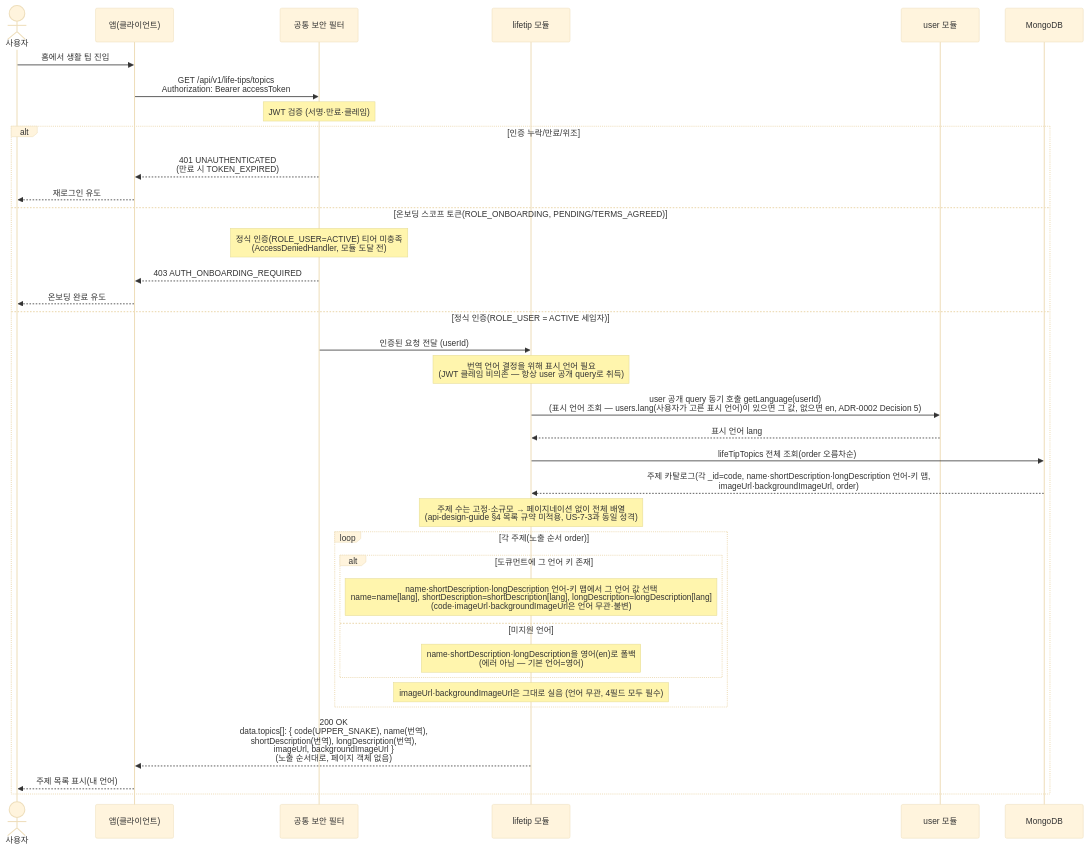
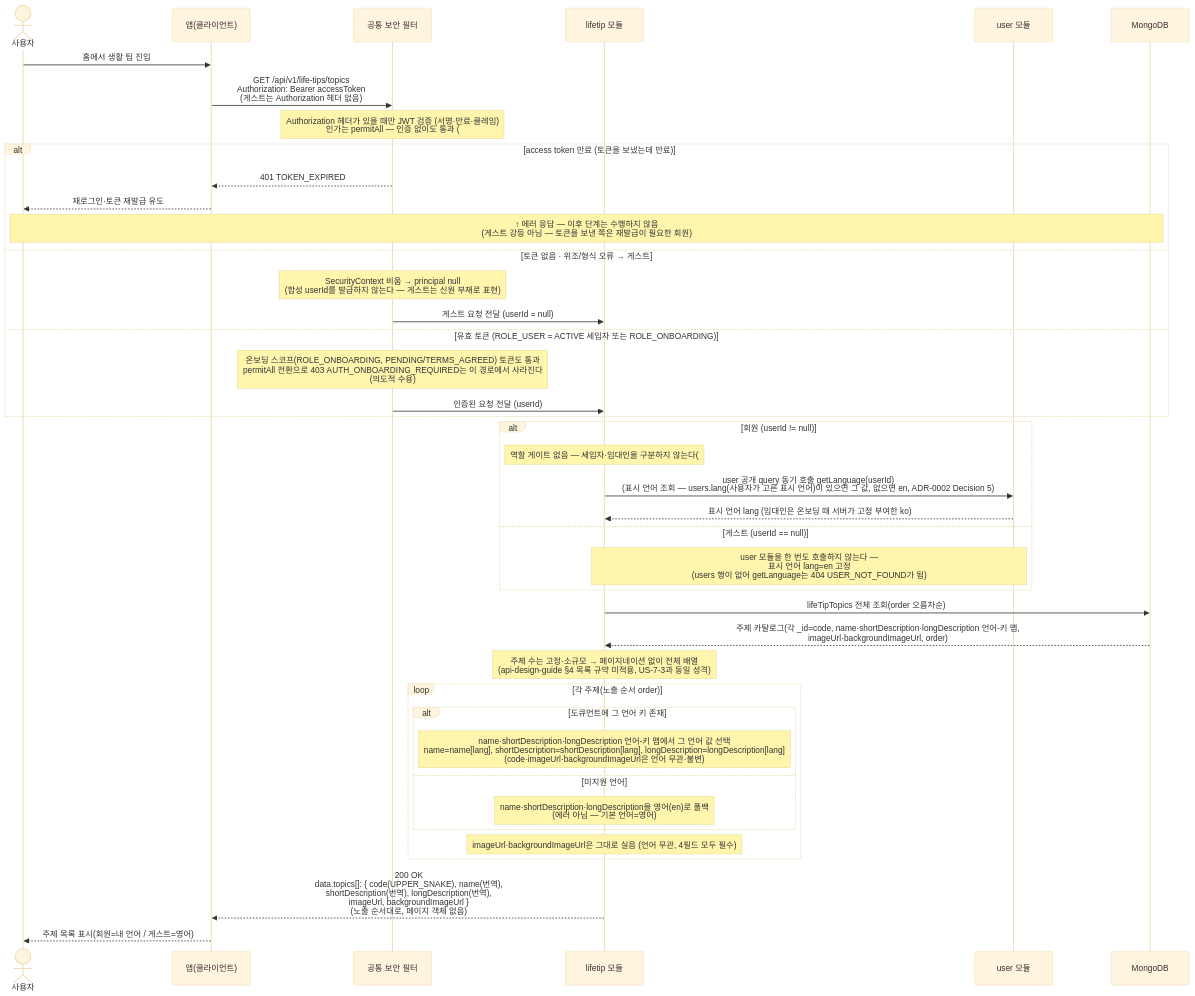
The diagram in docs/architecture/sequence-diagrams/08-life-tips/us-8-1-topics.md (jameskim9509/Kohere-backend), drawn with Mermaid (base theme) before and after one commit. The commit also changed other lines of this file and 22 other files, not shown here.

````diff
--- a/docs/architecture/sequence-diagrams/08-life-tips/us-8-1-topics.md
+++ b/docs/architecture/sequence-diagrams/08-life-tips/us-8-1-topics.md
@@ -5,40 +5,47 @@
 ```mermaid
 sequenceDiagram
     actor U as 사용자
     participant C as 앱(클라이언트)
     participant SEC as 공통 보안 필터
     participant TIP as lifetip 모듈
     participant USER as user 모듈
     participant DB as MongoDB
 
     U->>C: 홈에서 생활 팁 진입
-    C->>SEC: GET /api/v1/life-tips/topics<br/>Authorization: Bearer accessToken
-    Note over SEC: JWT 검증 (서명·만료·클레임)
+    C->>SEC: GET /api/v1/life-tips/topics<br/>Authorization: Bearer accessToken<br/>(게스트는 Authorization 헤더 없음)
+    Note over SEC: Authorization 헤더가 있을 때만 JWT 검증 (서명·만료·클레임)<br/>인가는 permitAll — 인증 없이도 통과 (#181)
 
-    alt 인증 누락/만료/위조
-        SEC-->>C: 401 UNAUTHENTICATED<br/>(만료 시 TOKEN_EXPIRED)
-        C-->>U: 재로그인 유도
-    else 온보딩 스코프 토큰(ROLE_ONBOARDING, PENDING/TERMS_AGREED)
-        Note over SEC: 정식 인증(ROLE_USER=ACTIVE) 티어 미충족<br/>(AccessDeniedHandler, 모듈 도달 전)
-        SEC-->>C: 403 AUTH_ONBOARDING_REQUIRED
-        C-->>U: 온보딩 완료 유도
-    else 정식 인증(ROLE_USER = ACTIVE 세입자)
+    alt access token 만료 (토큰을 보냈는데 만료)
+        SEC-->>C: 401 TOKEN_EXPIRED
+        C-->>U: 재로그인·토큰 재발급 유도
+        Note over U,DB: ↑ 에러 응답 — 이후 단계는 수행하지 않음<br/>(게스트 강등 아님 — 토큰을 보낸 쪽은 재발급이 필요한 회원)
+    else 토큰 없음 · 위조/형식 오류 → 게스트
+        Note over SEC: SecurityContext 비움 → principal null<br/>(합성 userId를 발급하지 않는다 — 게스트는 신원 부재로 표현)
+        SEC->>TIP: 게스트 요청 전달 (userId = null)
+    else 유효 토큰 (ROLE_USER = ACTIVE 세입자 또는 ROLE_ONBOARDING)
+        Note over SEC: 온보딩 스코프(ROLE_ONBOARDING, PENDING/TERMS_AGREED) 토큰도 통과<br/>permitAll 전환으로 403 AUTH_ONBOARDING_REQUIRED는 이 경로에서 사라진다<br/>(의도적 수용)
         SEC->>TIP: 인증된 요청 전달 (userId)
-        Note over TIP: 번역 언어 결정을 위해 표시 언어 필요<br/>(JWT 클레임 비의존 — 항상 user 공개 query로 취득)
+    end
+
+    alt 회원 (userId != null)
+        Note over TIP: 역할 게이트 없음 — 세입자·임대인을 구분하지 않는다(#181)<br/>getUserType을 호출하지 않으므로 403 FORBIDDEN 분기가 없다<br/>표시 언어만 필요(JWT 클레임 비의존 — 항상 user 공개 query로 취득)
         TIP->>USER: user 공개 query 동기 호출 getLanguage(userId)<br/>(표시 언어 조회 — users.lang(사용자가 고른 표시 언어)이 있으면 그 값, 없으면 en, ADR-0002 Decision 5)
-        USER-->>TIP: 표시 언어 lang
-        TIP->>DB: lifeTipTopics 전체 조회(order 오름차순)
-        DB-->>TIP: 주제 카탈로그(각 _id=code, name·shortDescription·longDescription 언어-키 맵,<br/>imageUrl·backgroundImageUrl, order)
-        Note over TIP: 주제 수는 고정·소규모 → 페이지네이션 없이 전체 배열<br/>(api-design-guide §4 목록 규약 미적용, US-7-3과 동일 성격)
-        loop 각 주제(노출 순서 order)
-            alt 도큐먼트에 그 언어 키 존재
-                Note over TIP: name·shortDescription·longDescription 언어-키 맵에서 그 언어 값 선택<br/>name=name[lang], shortDescription=shortDescription[lang], longDescription=longDescription[lang]<br/>(code·imageUrl·backgroundImageUrl은 언어 무관·불변)
-            else 미지원 언어
-                Note over TIP: name·shortDescription·longDescription을 영어(en)로 폴백<br/>(에러 아님 — 기본 언어=영어)
-            end
-            Note over TIP: imageUrl·backgroundImageUrl은 그대로 실음 (언어 무관, 4필드 모두 필수)
+        USER-->>TIP: 표시 언어 lang (임대인은 온보딩 때 서버가 고정 부여한 ko)
+    else 게스트 (userId == null)
+        Note over TIP,USER: user 모듈을 한 번도 호출하지 않는다 —<br/>표시 언어 lang=en 고정<br/>(users 행이 없어 getLanguage는 404 USER_NOT_FOUND가 됨)
+    end
+
+    TIP->>DB: lifeTipTopics 전체 조회(order 오름차순)
+    DB-->>TIP: 주제 카탈로그(각 _id=code, name·shortDescription·longDescription 언어-키 맵,<br/>imageUrl·backgroundImageUrl, order)
+    Note over TIP: 주제 수는 고정·소규모 → 페이지네이션 없이 전체 배열<br/>(api-design-guide §4 목록 규약 미적용, US-7-3과 동일 성격)
+    loop 각 주제(노출 순서 order)
+        alt 도큐먼트에 그 언어 키 존재
+            Note over TIP: name·shortDescription·longDescription 언어-키 맵에서 그 언어 값 선택<br/>name=name[lang], shortDescription=shortDescription[lang], longDescription=longDescription[lang]<br/>(code·imageUrl·backgroundImageUrl은 언어 무관·불변)
+        else 미지원 언어
+            Note over TIP: name·shortDescription·longDescription을 영어(en)로 폴백<br/>(에러 아님 — 기본 언어=영어)
         end
-        TIP-->>C: 200 OK<br/>data.topics[]: { code(UPPER_SNAKE), name(번역),<br/>shortDescription(번역), longDescription(번역),<br/>imageUrl, backgroundImageUrl }<br/>(노출 순서대로, 페이지 객체 없음)
-        C-->>U: 주제 목록 표시(내 언어)
+        Note over TIP: imageUrl·backgroundImageUrl은 그대로 실음 (언어 무관, 4필드 모두 필수)
     end
+    TIP-->>C: 200 OK<br/>data.topics[]: { code(UPPER_SNAKE), name(번역),<br/>shortDescription(번역), longDescription(번역),<br/>imageUrl, backgroundImageUrl }<br/>(노출 순서대로, 페이지 객체 없음)
+    C-->>U: 주제 목록 표시(회원=내 언어 / 게스트=영어)
 ```
````
